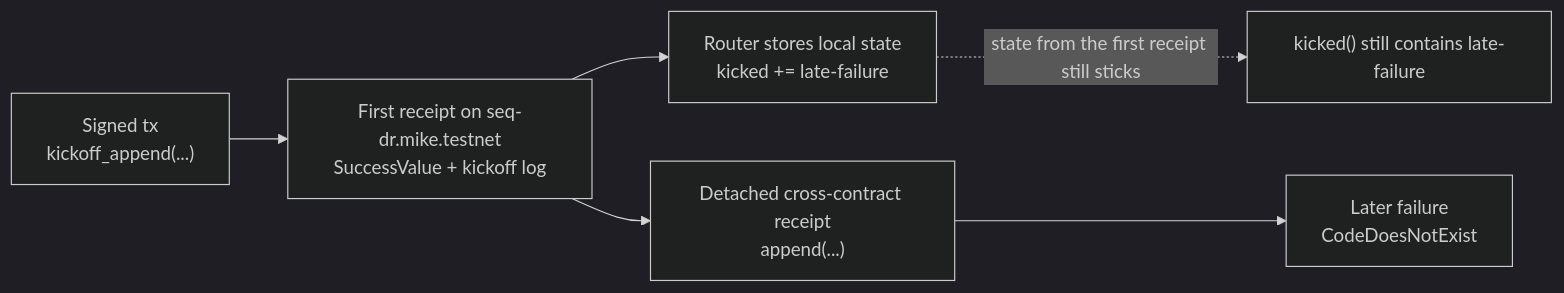
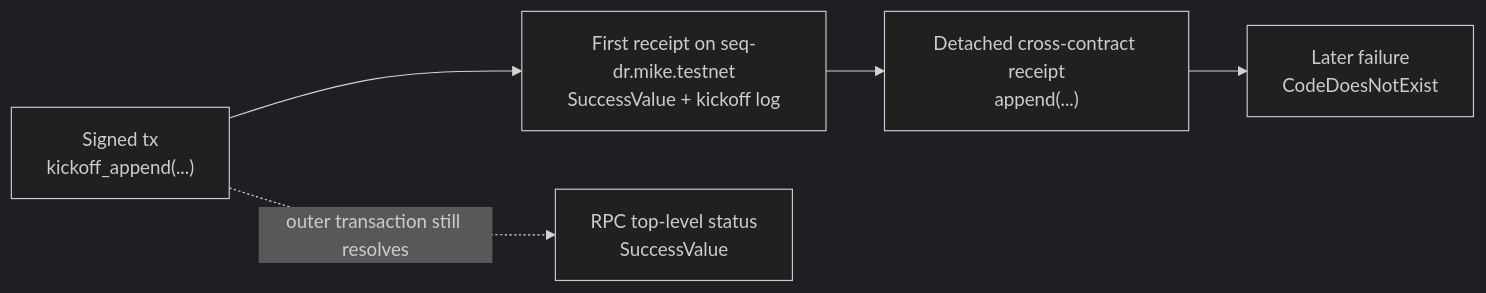
Before and after one commit to fastnear/builder-docs: the fourth of 6 diagrams in docs/tx/examples.md, drawn with Mermaid (dark theme). The commit also changed other lines of this file and 22 other files, not shown here.

````diff
--- a/docs/tx/examples.md
+++ b/docs/tx/examples.md
@@ -529,8 +529,7 @@
 ```mermaid
 flowchart LR
     T["Signed tx<br/>kickoff_append(...)"] --> R["First receipt on seq-dr.mike.testnet<br/>SuccessValue + kickoff log"]
-    R --> S["Router stores local state<br/>kicked += late-failure"]
     R --> D["Detached cross-contract receipt<br/>append(...)"]
     D --> F["Later failure<br/>CodeDoesNotExist"]
-    S -. "state from the first receipt still sticks" .-> K["kicked() still contains late-failure"]
+    T -. "outer transaction still resolves" .-> X["RPC top-level status<br/>SuccessValue"]
 ```
````
